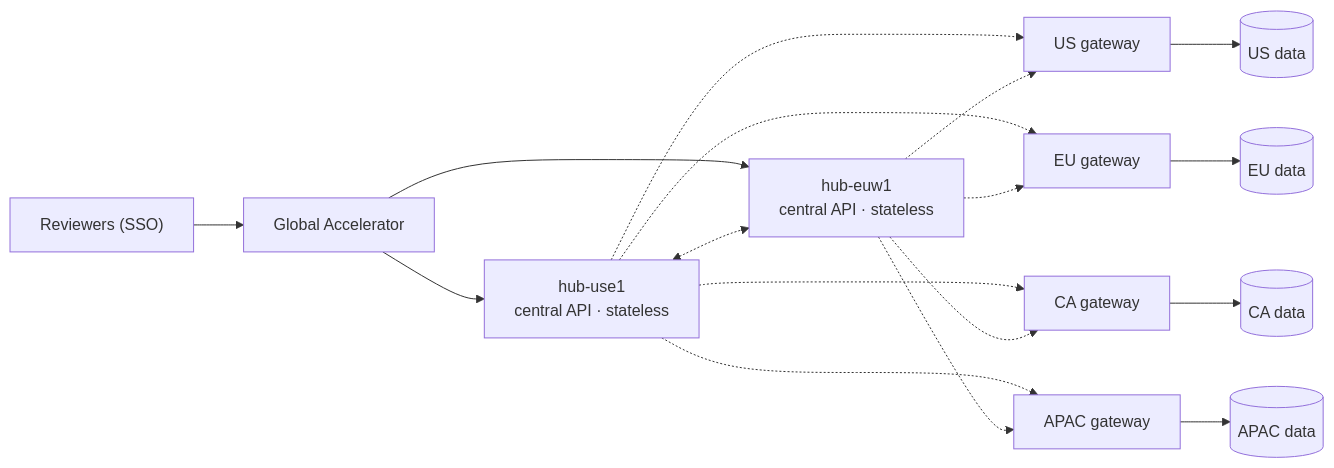
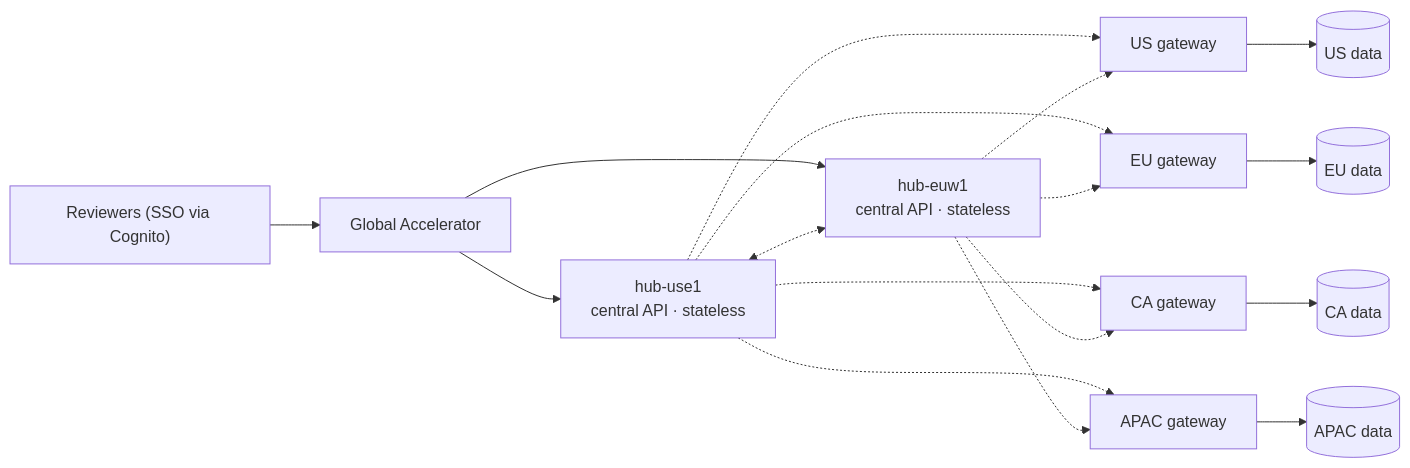
The diagram in README.md (peacedouts/AWS-multi-region-observability-network), drawn with Mermaid before and after one commit. The commit also changed other lines of this file and 6 other files, not shown here.

````diff
--- a/README.md
+++ b/README.md
@@ -9,13 +9,13 @@
 ```mermaid
 flowchart LR
-    U["Reviewers (SSO)"] --> GA["Global Accelerator"]
+    U["Reviewers (SSO via Cognito)"] --> GA["Global Accelerator"]
     GA --> H1["hub-use1<br/>central API · stateless"]
     GA --> H2["hub-euw1<br/>central API · stateless"]
     H1 <-.-> H2
     H1 -.-> US["US gateway"] & EU["EU gateway"] & CA["CA gateway"] & AP["APAC gateway"]
     H2 -.-> US & EU & CA & AP
     US --> USD[("US data")]
     EU --> EUD[("EU data")]
     CA --> CAD[("CA data")]
     AP --> APD[("APAC data")]
 ```
````
